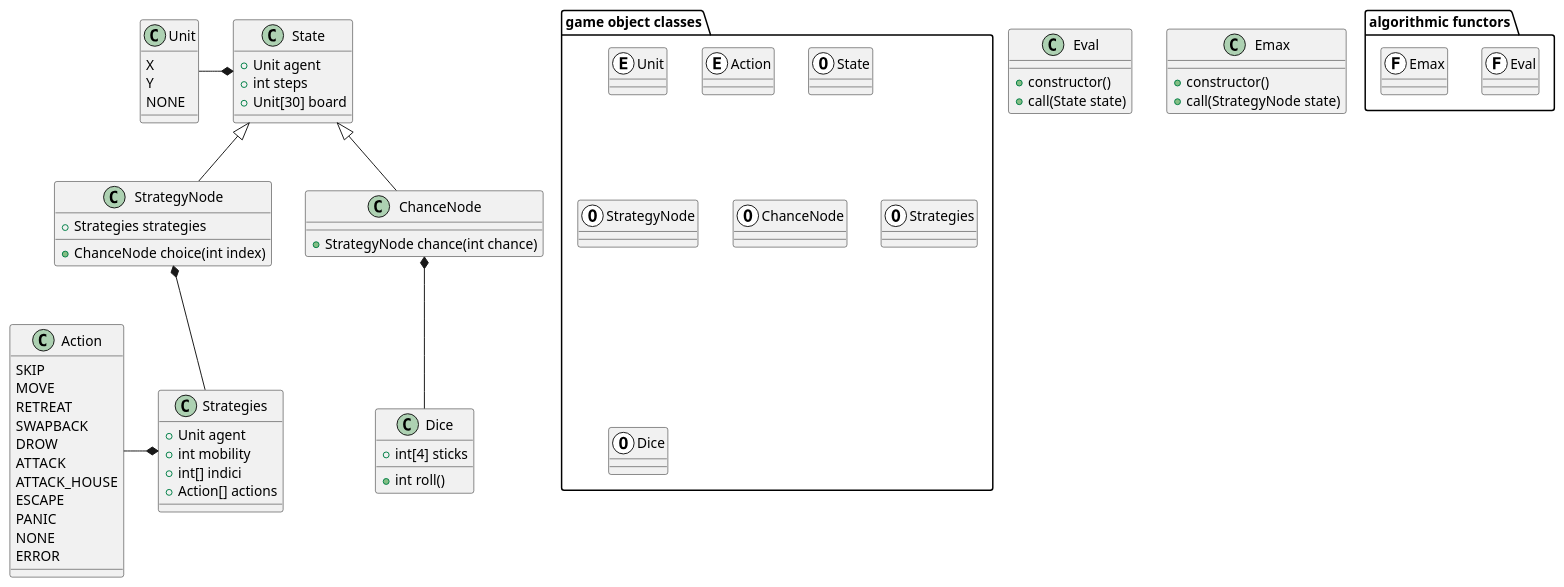
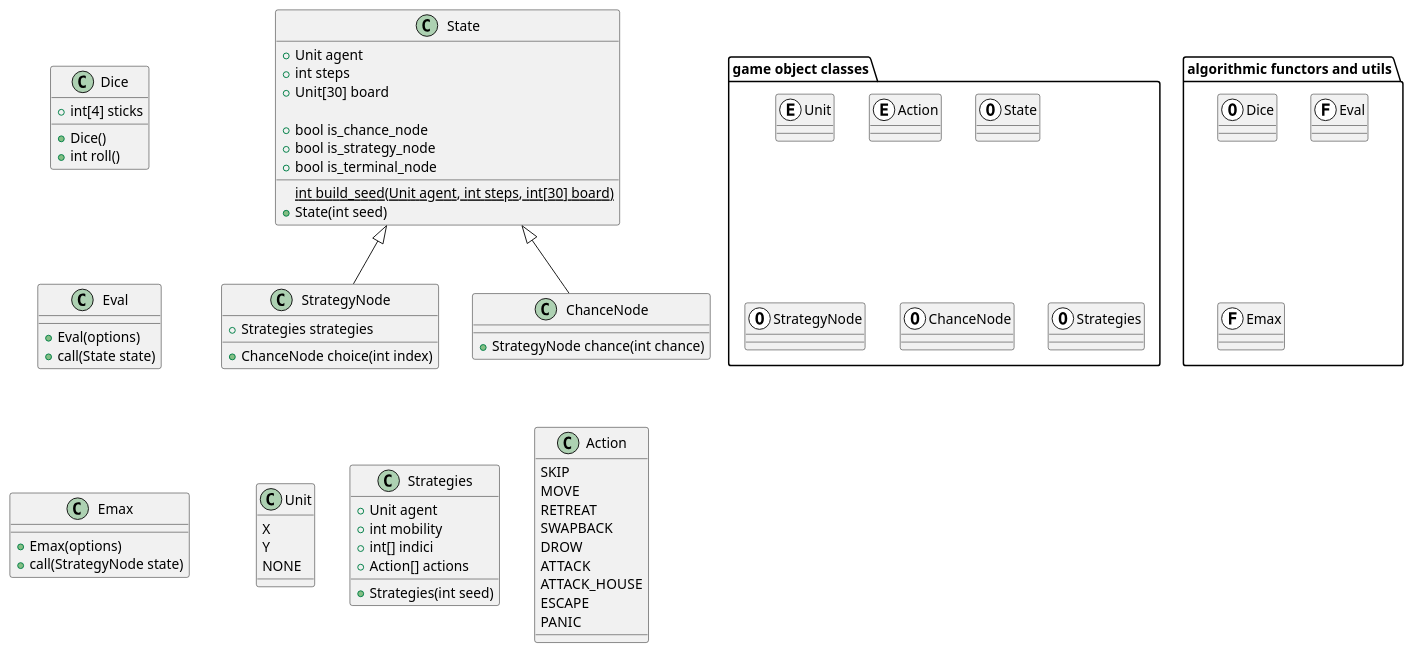
The diagram in docs/plantuml/src/xtc-classes.puml (Horolsky/senet), drawn with PlantUML before and after one commit. The commit also changed 4 other files, not shown here.

```diff
--- a/docs/plantuml/src/xtc-classes.puml
+++ b/docs/plantuml/src/xtc-classes.puml
@@ -1,92 +1,101 @@
 @startuml xtc-classes
     
     package "game object classes"
     {
         class Unit <<(E, White)>>
         class Action <<(E, White)>>
         class State <<(O, White)>>
         class StrategyNode <<(O, White)>>
         class ChanceNode <<(O, White)>>
         class Strategies <<(O, White)>>
+        
+    }
+    package "algorithmic functors and utils" 
+    {
         class Dice <<(O, White)>>
-    }
-    package "algorithmic functors" 
-    {
         class Eval <<(F, White)>>
         class Emax <<(F, White)>>
     }
 
     class Unit 
     {
         X
         Y
         NONE   
     }
     class Action 
     {
         SKIP
         MOVE
         RETREAT
         SWAPBACK
         DROW
         ATTACK
         ATTACK_HOUSE
         ESCAPE
         PANIC
-        NONE
-        ERROR
     }
     class Dice
     {
+        +Dice()
         +int roll()
         +int[4] sticks
     }
     class Strategies
     {
+        +Strategies(int seed)
         +Unit agent
         +int mobility
         +int[] indici
         +Action[] actions
     }
     class State
     {
+        {static} int build_seed(Unit agent, int steps, int[30] board)
+        +State(int seed)        
+
         +Unit agent
         +int steps
         +Unit[30] board
+
+        +bool is_chance_node
+        +bool is_strategy_node
+        +bool is_terminal_node
     }
     class StrategyNode
     {
         +Strategies strategies
-        ___
         +ChanceNode choice(int index)
     }
     class ChanceNode
     {
         +StrategyNode chance(int chance)
     }
     'FUNCTORS
     class Eval
     {
-        +constructor()
+        +Eval(options)
         +call(State state)
     }
     class Emax
     {
-        +constructor()
+        +Emax(options)
         +call(StrategyNode state)
     }
 
-    State *-left- Unit
-    StrategyNode *-- Strategies
-    Strategies *-left- Action
-    ChanceNode *-- Dice
-
-    StrategyNode *-[hidden]- Action
-
+    ' State *-left- Unit
+    ' StrategyNode *-- Strategies
+    ' Strategies *-right- Action
+    ChanceNode *-[hidden]- Action
+    Action *-left[hidden]- Strategies
+    Strategies *-left[hidden]- Unit
     
     State <|-- StrategyNode
     State <|-- ChanceNode
+
+    Eval *-up[hidden]- Dice
+    Emax *-up[hidden]- Eval
     
     
     
 @enduml
```
